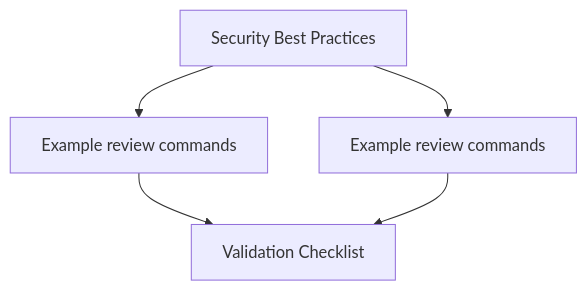
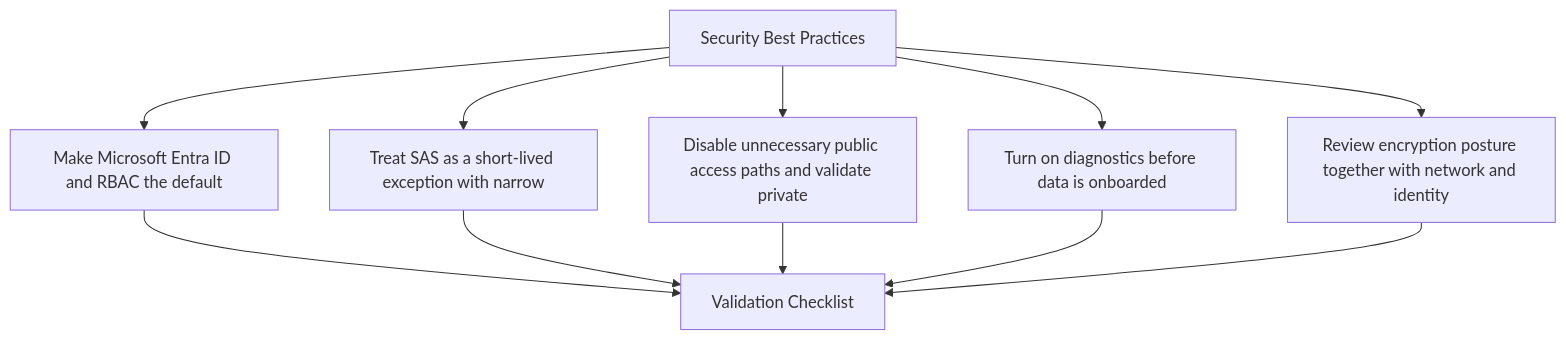
One commit to yeongseon/azure-storage-practical-guide changed the diagram in docs/best-practices/security-best-practices.md. Above: the diagram before and after it, drawn with Mermaid. The commit also changed 9 other files, not shown here.

Commit message:
fix: rebuild remaining BP diagrams from practice bullets with label shortening

````diff
--- a/docs/best-practices/security-best-practices.md
+++ b/docs/best-practices/security-best-practices.md
@@ -29,11 +29,20 @@
 ```mermaid
 flowchart TD
     T["Security Best Practices"]
-    P1["Example review commands"]
+    P1["Make Microsoft Entra ID and RBAC the default"]
     T --> P1
-    P2["Example review commands"]
+    P2["Treat SAS as a short-lived exception with narrow"]
     T --> P2
+    P3["Disable unnecessary public access paths and validate private"]
+    T --> P3
+    P4["Turn on diagnostics before data is onboarded"]
+    T --> P4
+    P5["Review encryption posture together with network and identity"]
+    T --> P5
     V["Validation Checklist"]
     P1 --> V
     P2 --> V
+    P3 --> V
+    P4 --> V
+    P5 --> V
 ```
````
